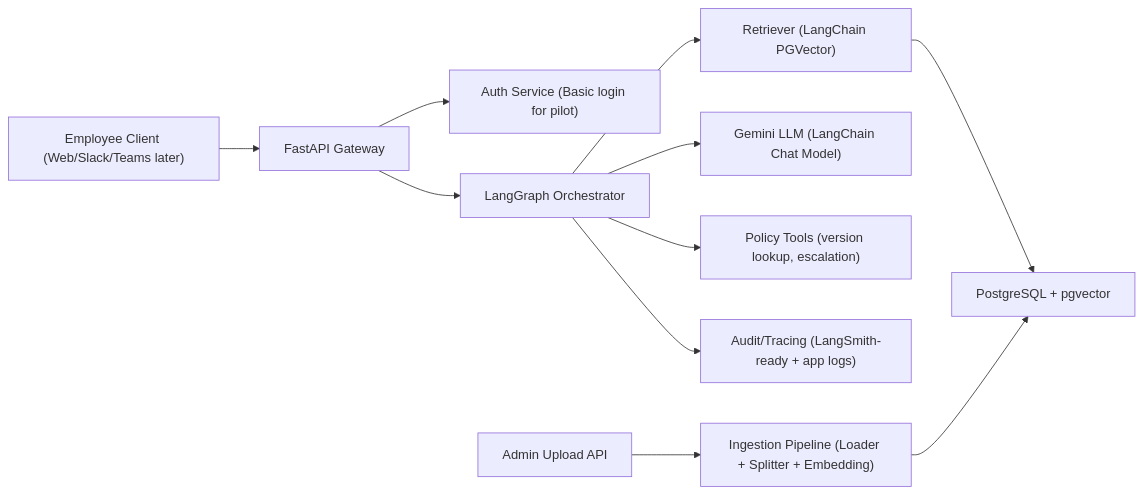
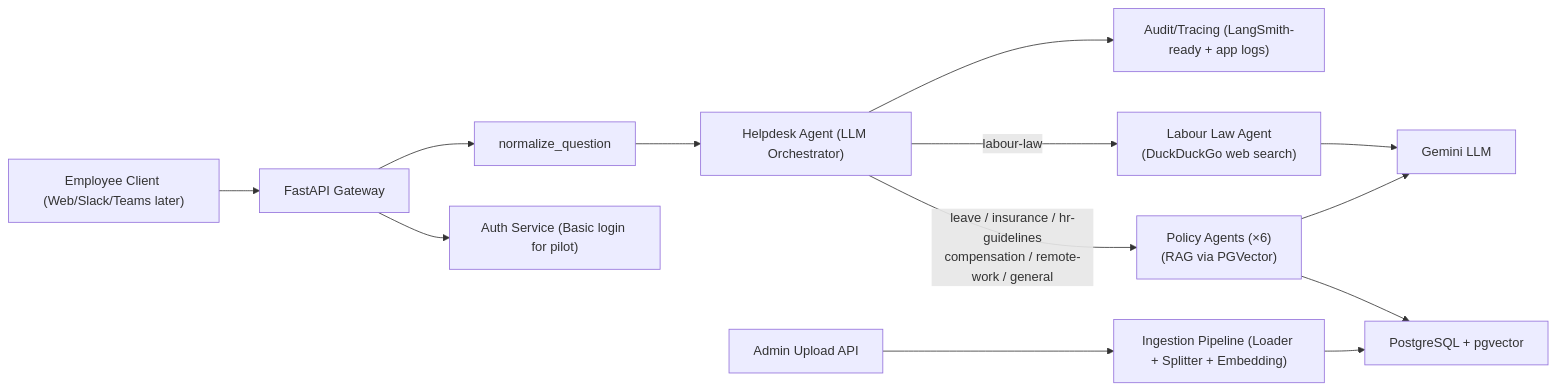
One commit to BatheAbhinav/genai_HR changed the first of 3 diagrams in README.md. Above: the diagram before and after it, drawn with Mermaid. The commit also changed other lines of this file and 90 other files, not shown here.

````diff
--- a/README.md
+++ b/README.md
@@ -30,13 +144,19 @@
 ```mermaid
 flowchart LR
     A["Employee Client (Web/Slack/Teams later)"] --> B["FastAPI Gateway"]
     B --> C["Auth Service (Basic login for pilot)"]
-    B --> D["LangGraph Orchestrator"]
-    D --> E["Retriever (LangChain PGVector)"]
-    D --> F["Gemini LLM (LangChain Chat Model)"]
-    D --> G["Policy Tools (version lookup, escalation)"]
-    E --> H["PostgreSQL + pgvector"]
-    I["Admin Upload API"] --> J["Ingestion Pipeline (Loader + Splitter + Embedding)"]
-    J --> H
-    D --> K["Audit/Tracing (LangSmith-ready + app logs)"]
+    B --> D["normalize_question"]
+    D --> E["Helpdesk Agent (LLM Orchestrator)"]
+
+    E -->|leave / insurance / hr-guidelines\ncompensation / remote-work / general| F["Policy Agents (×6)\n(RAG via PGVector)"]
+    E -->|labour-law| G["Labour Law Agent\n(DuckDuckGo web search)"]
+
+    F --> H["PostgreSQL + pgvector"]
+    F --> I["Gemini LLM"]
+    G --> I
+
+    J["Admin Upload API"] --> K["Ingestion Pipeline (Loader + Splitter + Embedding)"]
+    K --> H
+
+    E --> L["Audit/Tracing (LangSmith-ready + app logs)"]
 ```
````
